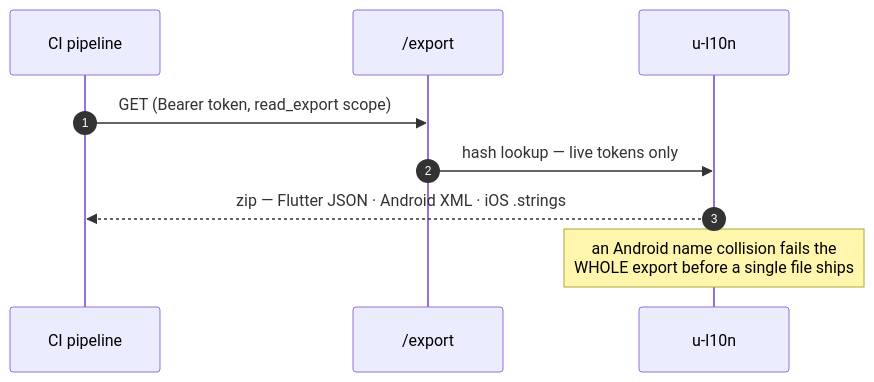
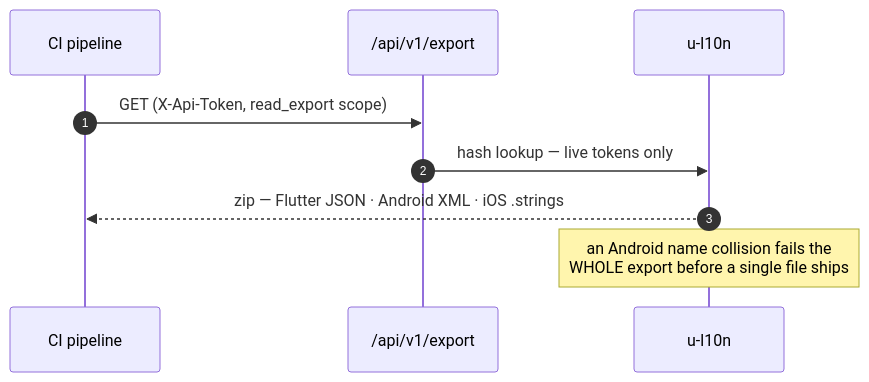
The fifth of 5 diagrams in docs/USER_FLOWS.md (ashik-saini/u-l10n), drawn with Mermaid before and after one commit. The commit also changed 6 other files, not shown here.

````diff
--- a/docs/USER_FLOWS.md
+++ b/docs/USER_FLOWS.md
@@ -114,12 +114,12 @@
 ```mermaid
 sequenceDiagram
     autonumber
     participant CI as CI pipeline
-    participant EX as /export
+    participant EX as /api/v1/export
     participant S as u-l10n
 
-    CI->>EX: GET (Bearer token, read_export scope)
+    CI->>EX: GET (X-Api-Token, read_export scope)
     EX->>S: hash lookup — live tokens only
     S-->>CI: zip — Flutter JSON · Android XML · iOS .strings
     Note over S: an Android name collision fails the<br/>WHOLE export before a single file ships
 ```
````
